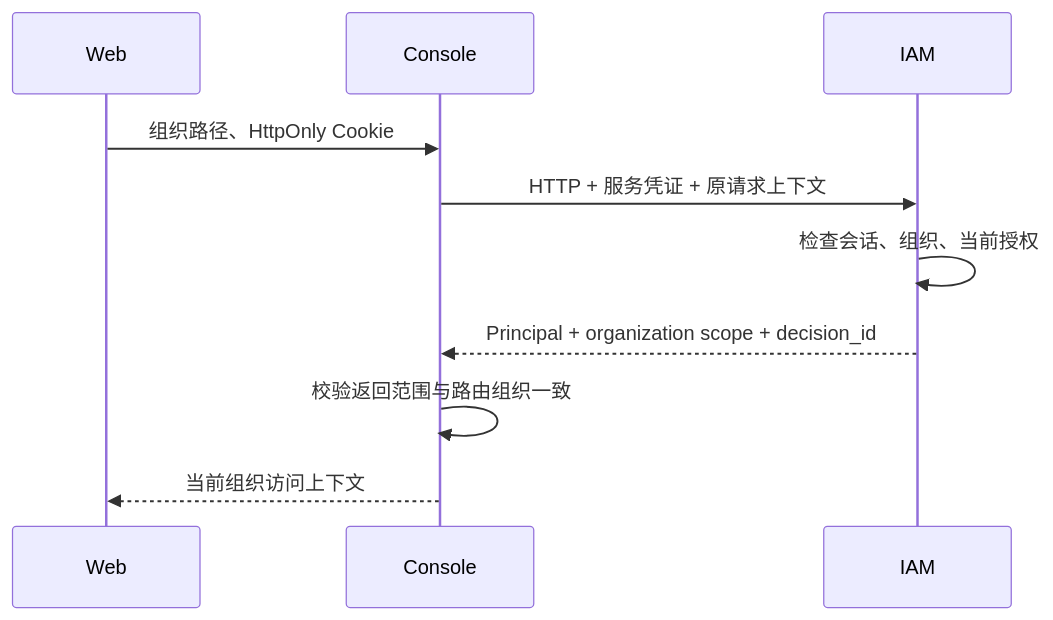
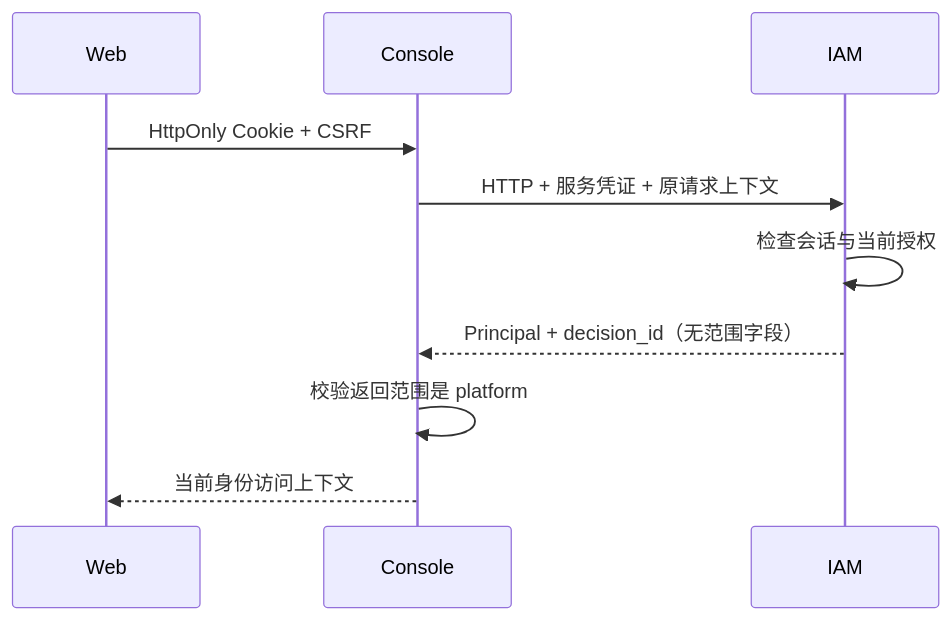
The diagram in src/apps/console/README.md (EayonLee/SecPlexus), drawn with Mermaid before and after one commit. The commit also changed other lines of this file and 256 other files, not shown here.

First line of the commit message:
feat(platform): cross-platform make entry and typed IAM schema (#11)

````diff
--- a/src/apps/console/README.md
+++ b/src/apps/console/README.md
@@ -22,12 +22,12 @@
 ```mermaid
 sequenceDiagram
     participant W as Web
     participant C as Console
     participant I as IAM
-    W->>C: 组织路径、HttpOnly Cookie
+    W->>C: HttpOnly Cookie + CSRF
     C->>I: HTTP + 服务凭证 + 原请求上下文
-    I->>I: 检查会话、组织、当前授权
-    I-->>C: Principal + organization scope + decision_id
-    C->>C: 校验返回范围与路由组织一致
-    C-->>W: 当前组织访问上下文
+    I->>I: 检查会话与当前授权
+    I-->>C: Principal + decision_id（无范围字段）
+    C->>C: 校验返回范围是 platform
+    C-->>W: 当前身份访问上下文
 ```
````
